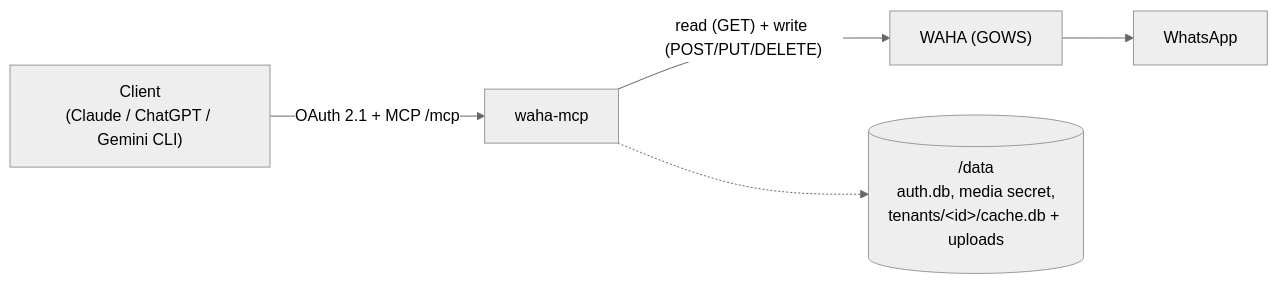
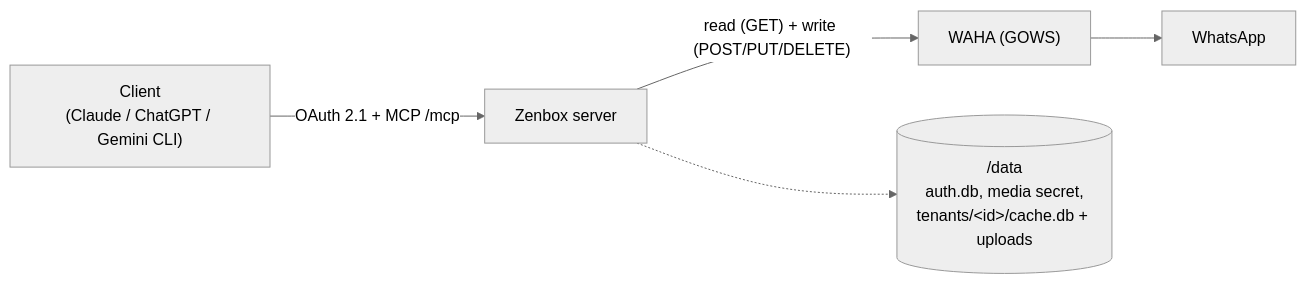
One commit to stivenrosales/waha-mcp changed the diagram in README.md. Above: the diagram before and after it, drawn with Mermaid (neutral theme). The commit also changed other lines of this file and 3 other files, not shown here.

````diff
--- a/README.md
+++ b/README.md
@@ -58,7 +65,7 @@
 ```mermaid
 flowchart LR
-  Client["Client<br/>(Claude / ChatGPT / Gemini CLI)"] -->|"OAuth 2.1 + MCP /mcp"| MCP["waha-mcp"]
+  Client["Client<br/>(Claude / ChatGPT / Gemini CLI)"] -->|"OAuth 2.1 + MCP /mcp"| MCP["Zenbox server"]
   MCP -->|"read (GET) + write (POST/PUT/DELETE)"| WAHA["WAHA (GOWS)"]
   WAHA --> WA["WhatsApp"]
   MCP -.-> Data[("/data<br/>auth.db, media secret,<br/>tenants/&lt;id&gt;/cache.db + uploads")]
 ```
````
